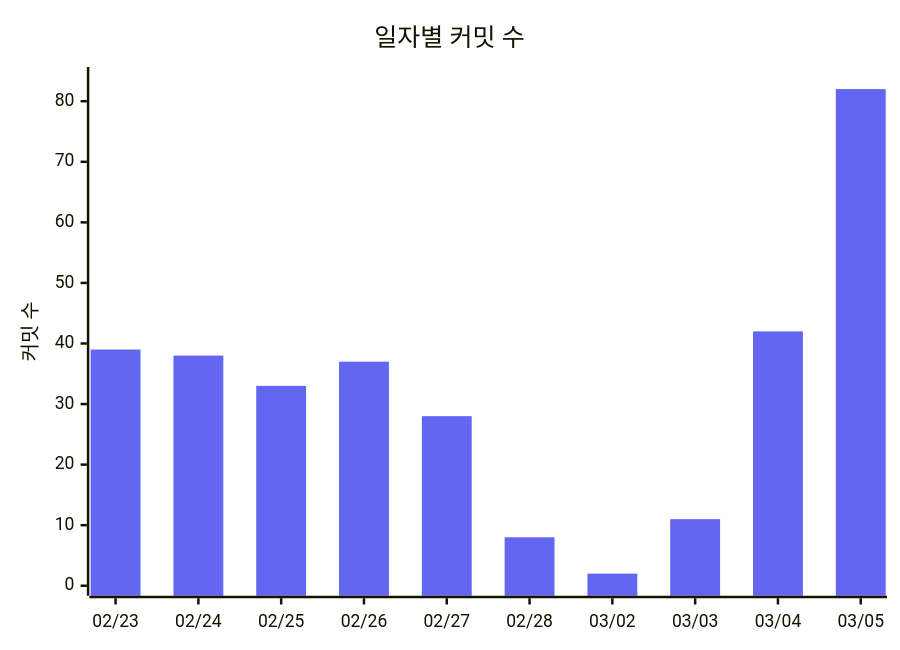
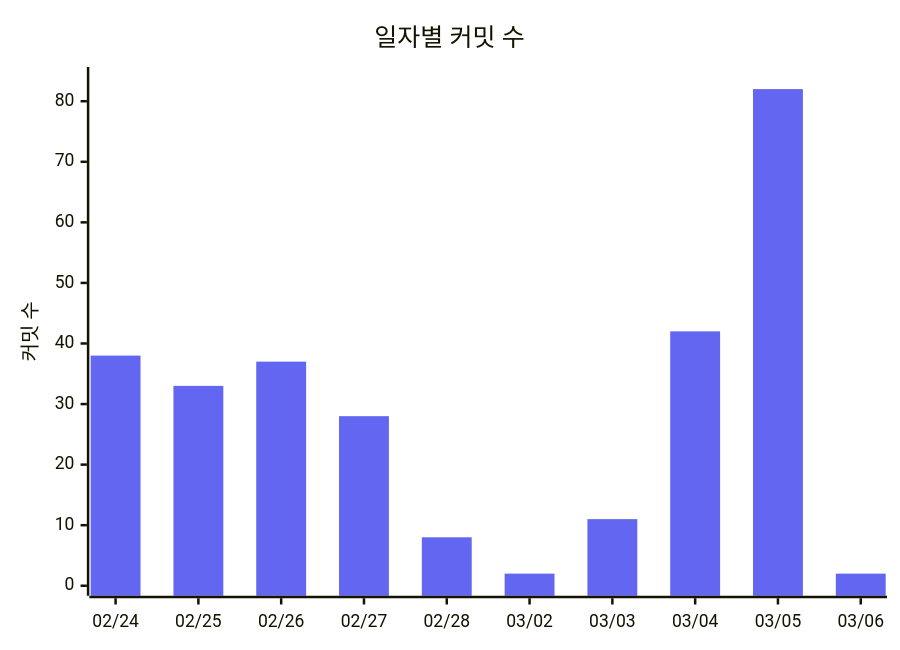
One commit to 3rd-project-team-1/ALYAC-market-team1 changed the fourth of 4 diagrams in README.md. Above: the diagram before and after it, drawn with Mermaid. The commit also changed other lines of this file, not shown here.

Commit message:
docs: 커밋 활동 차트 자동 업데이트 [skip ci]

````diff
--- a/README.md
+++ b/README.md
@@ -452,12 +452,12 @@
 ```mermaid
 %%{init: { 'theme': 'base', 'themeVariables': {
   'xyChart': {
     'plotColorPalette': '#6366f1'
   }
 } } }%%
 xychart-beta
   title "일자별 커밋 수"
-  x-axis ["02/23", "02/24", "02/25", "02/26", "02/27", "02/28", "03/02", "03/03", "03/04", "03/05"]
+  x-axis ["02/24", "02/25", "02/26", "02/27", "02/28", "03/02", "03/03", "03/04", "03/05", "03/06"]
   y-axis "커밋 수" 0 --> 84
-  bar [39, 38, 33, 37, 28, 8, 2, 11, 42, 82]
+  bar [38, 33, 37, 28, 8, 2, 11, 42, 82, 2]
 ```
````
